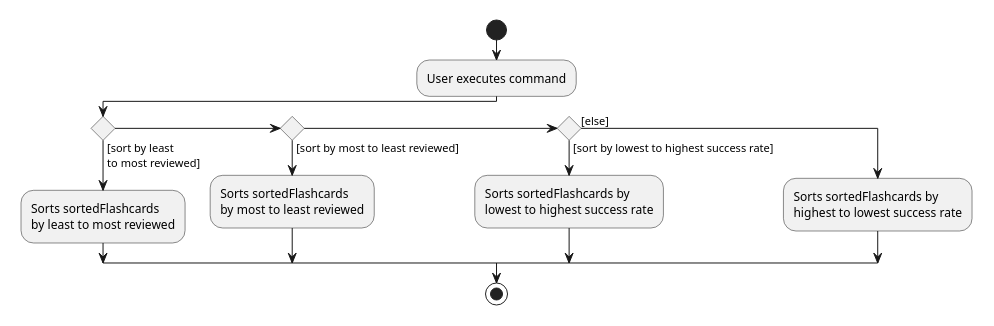
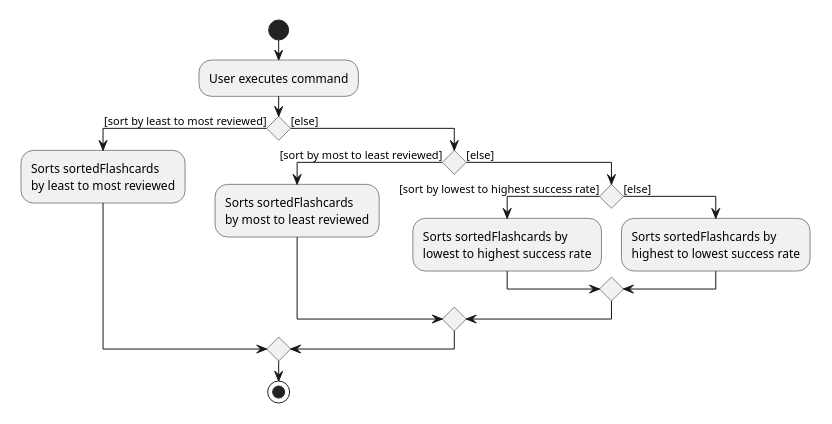
Before and after one commit to nus-cs2103-AY2021S1/tp: the diagram in docs/diagrams/SortActivityDiagram.puml, drawn with PlantUML. The commit also changed 1 other file, not shown here.

Commit message:
Modify sort diagram

```diff
--- a/docs/diagrams/SortActivityDiagram.puml
+++ b/docs/diagrams/SortActivityDiagram.puml
@@ -1,24 +1,27 @@
 @startuml
 scale 0.5
 start
 :User executes command;
 
 'Since the beta syntax does not support placing the condition outside the
 'diamond we place it as the true branch instead.
 
-if () then ([sort by least
-to most reviewed])
+if () then ([sort by least to most reviewed])
     :Sorts sortedFlashcards
     by least to most reviewed;
-elseif () then ([sort by most to least reviewed])
-       :Sorts sortedFlashcards
-       by most to least reviewed;
-elseif () then ([sort by lowest to highest success rate])
-    :Sorts sortedFlashcards by
-    lowest to highest success rate;
 else ([else])
-    :Sorts sortedFlashcards by
-    highest to lowest success rate;
+    if () then ([sort by most to least reviewed])
+        :Sorts sortedFlashcards
+        by most to least reviewed;
+    else ([else])
+        if () then ([sort by lowest to highest success rate])
+            :Sorts sortedFlashcards by
+            lowest to highest success rate;
+        else ([else])
+            :Sorts sortedFlashcards by
+            highest to lowest success rate;
+         endif
+    endif
 endif
 stop
 @enduml
```
